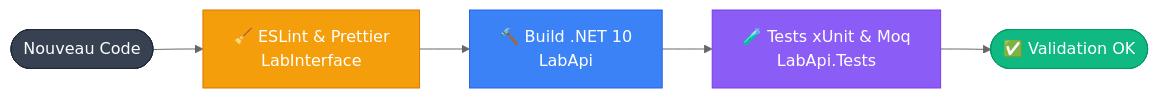
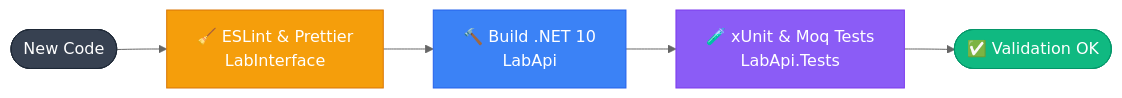
One commit to VOID575/LabMonitor changed the second of 2 diagrams in README.md. Above: the diagram before and after it, drawn with Mermaid (neutral theme). The commit also changed other lines of this file, not shown here.

````diff
--- a/README.md
+++ b/README.md
@@ -78,13 +78,13 @@
 ```mermaid
 flowchart LR
-    Start([Nouveau Code]) --> Lint[🧹 ESLint & Prettier\nLabInterface]
+    Start([New Code]) --> Lint[🧹 ESLint & Prettier\nLabInterface]
     Lint --> Build[🔨 Build .NET 10\nLabApi]
-    Build --> Test[🧪 Tests xUnit & Moq\nLabApi.Tests]
+    Build --> Test[🧪 xUnit & Moq Tests\nLabApi.Tests]
     Test --> Success([✅ Validation OK])
     
     style Start fill:#374151,stroke:#1f2937,color:white
     style Lint fill:#f59e0b,stroke:#d97706,color:white
     style Build fill:#3b82f6,stroke:#2563eb,color:white
     style Test fill:#8b5cf6,stroke:#7c3aed,color:white
     style Success fill:#10b981,stroke:#059669,color:white
 ```
````
